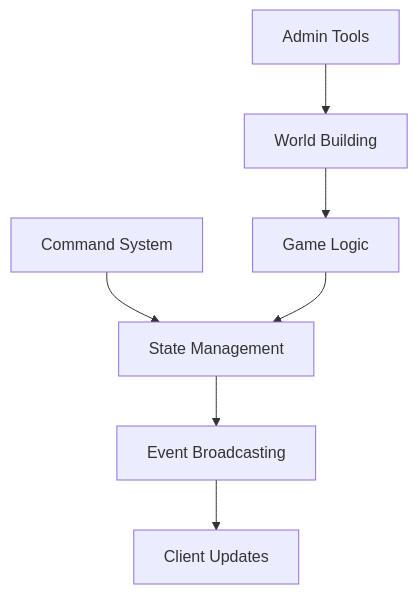
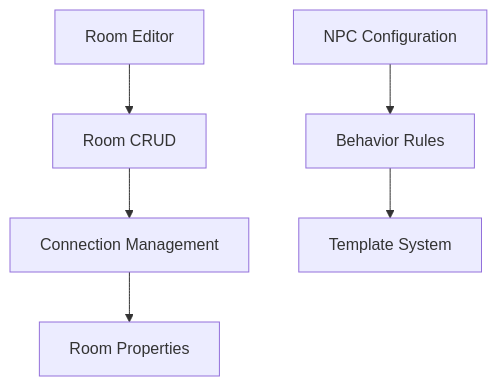
Before and after one commit to the3hm/planes_of_chaos: the diagram in memory-bank/activeContext.md, drawn with Mermaid. The commit also changed other lines of this file and 52 other files, not shown here.

First line of the commit message:
feat: Implement admin user management system

````diff
--- a/memory-bank/activeContext.md
+++ b/memory-bank/activeContext.md
@@ -145,10 +163,9 @@
 ```mermaid
 graph TD
-    A[Command System] --> B[State Management]
-    B --> C[Event Broadcasting]
-    C --> D[Client Updates]
+    A[Room Editor] --> B[Room CRUD]
+    B --> C[Connection Management]
+    C --> D[Room Properties]
     
-    E[Admin Tools] --> F[World Building]
-    F --> G[Game Logic]
-    G --> B
+    E[NPC Configuration] --> F[Behavior Rules]
+    F --> G[Template System]
 ```
````
